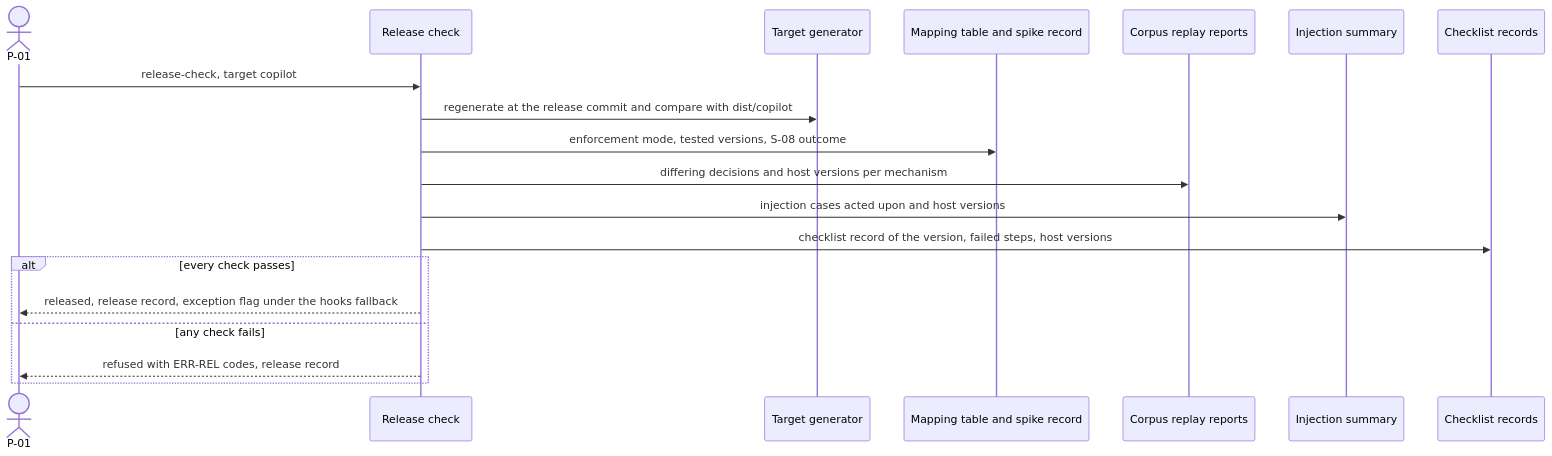
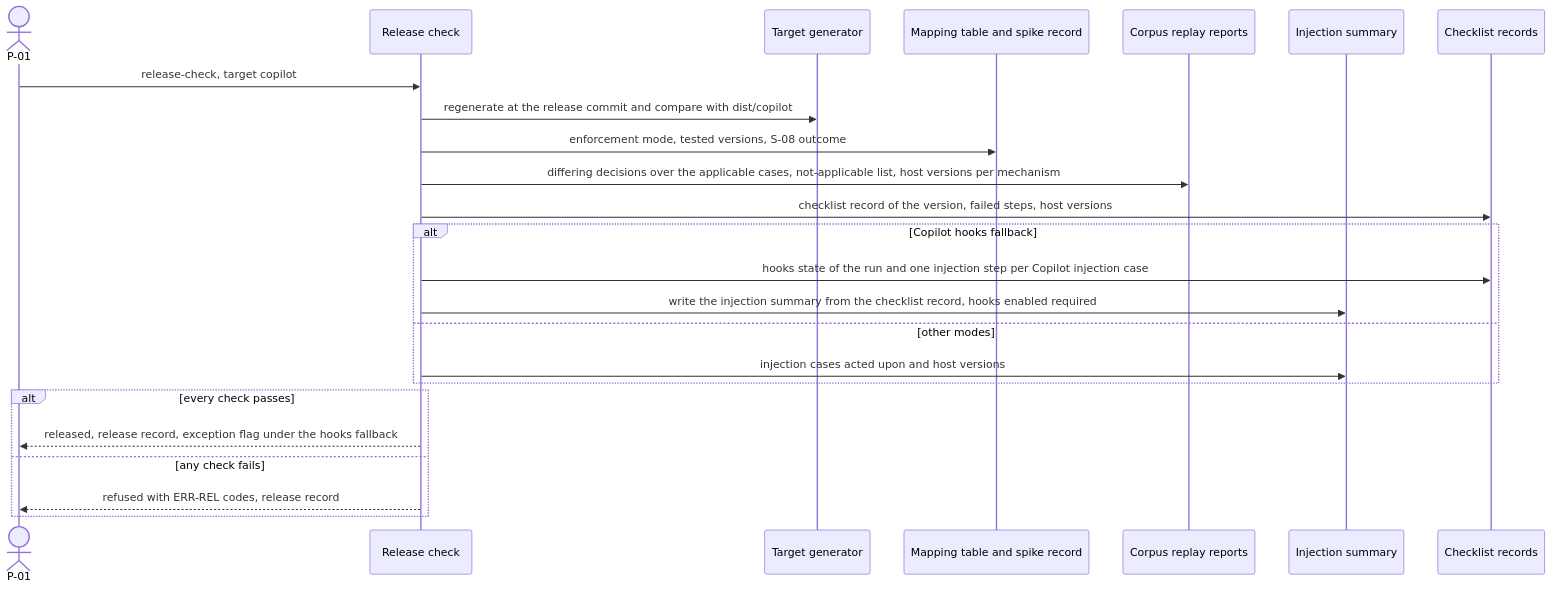
One commit to jlacube/spec-architect changed the tenth of 14 diagrams in .sdd/002-multi-platform-targets/10-spec/60-architecture/architecture.md. Above: the diagram before and after it, drawn with Mermaid. The commit also changed other lines of this file and 20 other files, not shown here.

Commit message:
CHG-002: Spec critic fixes (architect) — 19 findings incl. CR-1 per-mechanism replay, serena command confinement, interface and check codes

````diff
--- a/.sdd/002-multi-platform-targets/10-spec/60-architecture/architecture.md
+++ b/.sdd/002-multi-platform-targets/10-spec/60-architecture/architecture.md
@@ -634,22 +650,27 @@
 ```mermaid
 sequenceDiagram
-  %% F9 release check. Realizes C002-TS-620 C002-TS-621 C002-TS-622 C002-TS-623 C002-TS-624 C002-TS-625
+  %% F9 release check. Realizes C002-TS-620 C002-TS-621 C002-TS-622 C002-TS-623 C002-TS-624 C002-TS-625 C002-TS-633
   actor P01 as P-01
   participant C002_COMP_010 as Release check
   participant C002_COMP_001 as Target generator
   participant C002_COMP_002 as Mapping table and spike record
   participant C002_COMP_008 as Corpus replay reports
   participant C002_COMP_009 as Injection summary
   participant C002_COMP_011 as Checklist records
   P01->>C002_COMP_010: release-check, target copilot
   C002_COMP_010->>C002_COMP_001: regenerate at the release commit and compare with dist/copilot
   C002_COMP_010->>C002_COMP_002: enforcement mode, tested versions, S-08 outcome
-  C002_COMP_010->>C002_COMP_008: differing decisions and host versions per mechanism
-  C002_COMP_010->>C002_COMP_009: injection cases acted upon and host versions
+  C002_COMP_010->>C002_COMP_008: differing decisions over the applicable cases, not-applicable list, host versions per mechanism
   C002_COMP_010->>C002_COMP_011: checklist record of the version, failed steps, host versions
+  alt Copilot hooks fallback
+    C002_COMP_010->>C002_COMP_011: hooks state of the run and one injection step per Copilot injection case
+    C002_COMP_010->>C002_COMP_009: write the injection summary from the checklist record, hooks enabled required
+  else other modes
+    C002_COMP_010->>C002_COMP_009: injection cases acted upon and host versions
+  end
   alt every check passes
     C002_COMP_010-->>P01: released, release record, exception flag under the hooks fallback
   else any check fails
     C002_COMP_010-->>P01: refused with ERR-REL codes, release record
   end
 ```
````
